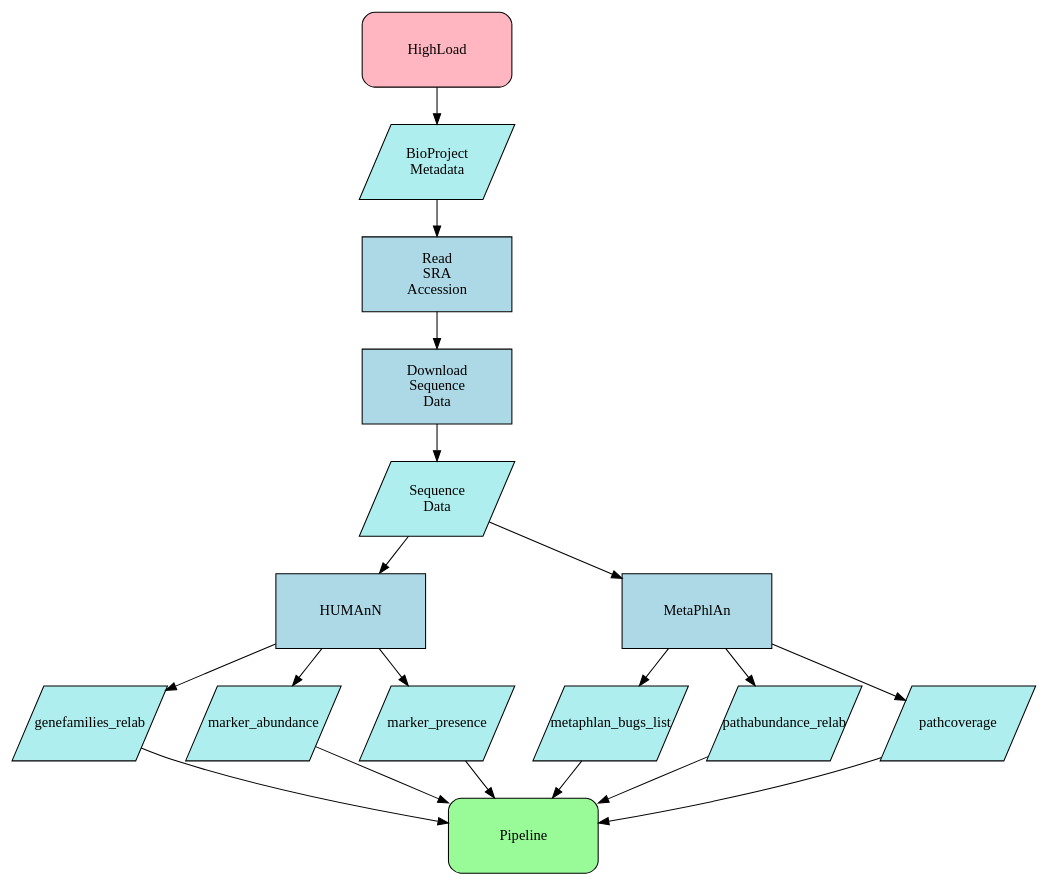
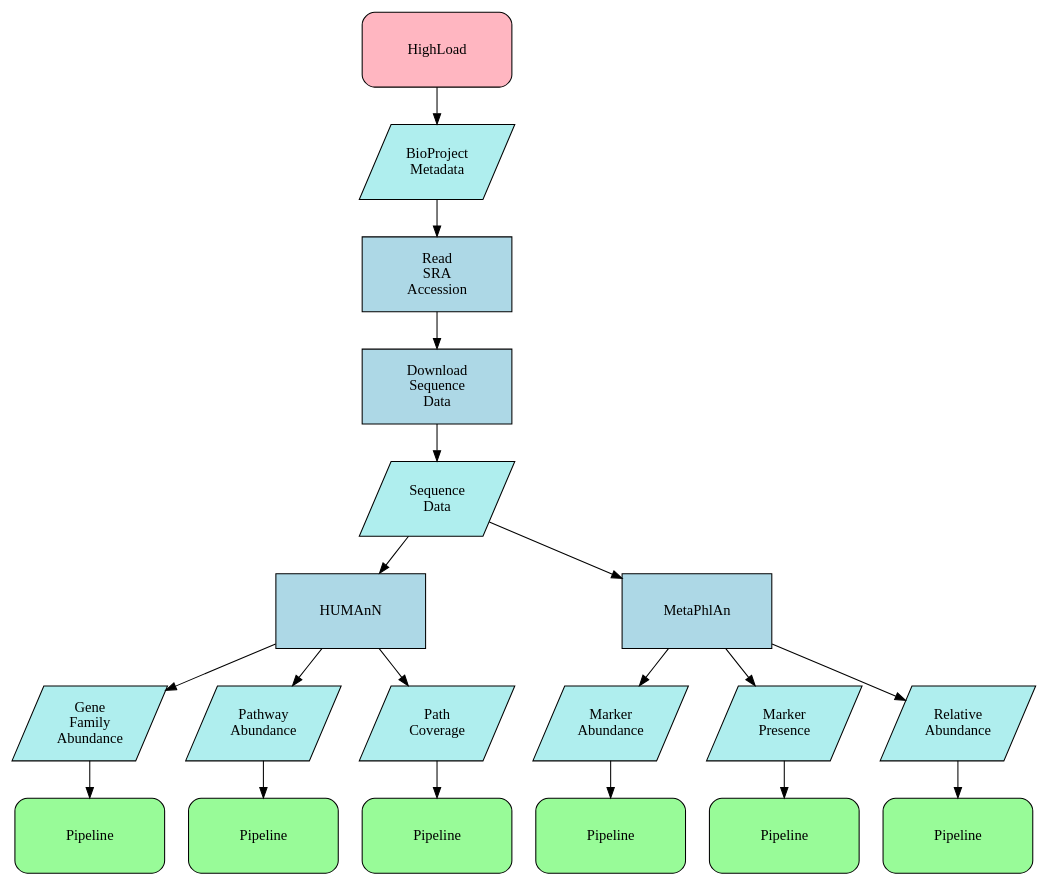
Before and after one commit to waldronlab/curatedMetagenomicDataCuration: the diagram in inst/graphviz/highload.gv, drawn with Graphviz. The commit also changed 4 other files, not shown here.

Commit message:
graphviz diagrams nearing completion

```diff
--- a/inst/graphviz/highload.gv
+++ b/inst/graphviz/highload.gv
@@ -1,49 +1,50 @@
 digraph {
   node [fixedsize=true height=1 width=2]
   
-  node [fillcolor=lightyellow shape=diamond style=filled]
-  //D1001 [label="Decision"]
-  
   node [fillcolor=paleturquoise shape=parallelogram style=filled]
-  //I1001 [label="Input/Output"]
   I1001 [label="BioProject \n Metadata"]
   I1002 [label="Sequence \n Data"]
-  
-  I1003 [label="genefamilies_relab"]
-  I1004 [label="marker_abundance"]
-  I1005 [label="marker_presence"]
-  I1006 [label="metaphlan_bugs_list"]
-  I1007 [label="pathabundance_relab"]
-  I1008 [label="pathcoverage"]
-  
-  
-  node [fillcolor=pink shape=invtrapezium style=filled]
-  //M1001 [label="Manual Process"]
+  I1003 [label="Gene \n Family \n Abundance"]
+  I1004 [label="Pathway \n Abundance"]
+  I1005 [label="Path \n Coverage"]
+  I1006 [label="Marker \n Abundance"]
+  I1007 [label="Marker \n Presence"]
+  I1008 [label="Relative \n Abundance"]
   
   node [fillcolor=lightblue height=1 shape=rectangle style=filled]
-  //P1001 [label="Process"]
   P1001 [label="Read \n SRA \n Accession"]
   P1002 [label="Download \n Sequence \n Data"]
   P1003 [label="HUMAnN"]
   P1004 [label="MetaPhlAn"]
   
-  node [fillcolor=lightgray shape=cylinder style=filled]
-  //S1001 [label="Storage"]
-  
   node [fillcolor=lightpink shape=rectangle style="filled,rounded"]
-  //T1001 [label="Terminator"]
   T1001 [label="HighLoad"]
   
   node [fillcolor=palegreen shape=rectangle style="filled,rounded"]
-  //T2001 [label="Terminator"]
   T2001 [label="Pipeline"]
+  T2002 [label="Pipeline"]
+  T2003 [label="Pipeline"]
+  T2004 [label="Pipeline"]
+  T2005 [label="Pipeline"]
+  T2006 [label="Pipeline"]
   
   T1001 -> I1001
+  
   I1001 -> P1001
+  
   P1001 -> P1002
+  
   P1002 -> I1002
+  
   I1002 -> {P1003 P1004}
+  
   P1003 -> {I1003 I1004 I1005}
   P1004 -> {I1006 I1007 I1008}
-  {I1003 I1004 I1005 I1006 I1007 I1008} -> T2001
+  
+  I1003 -> T2001
+  I1004 -> T2002
+  I1005 -> T2003
+  I1006 -> T2004
+  I1007 -> T2005
+  I1008 -> T2006
 }
```
